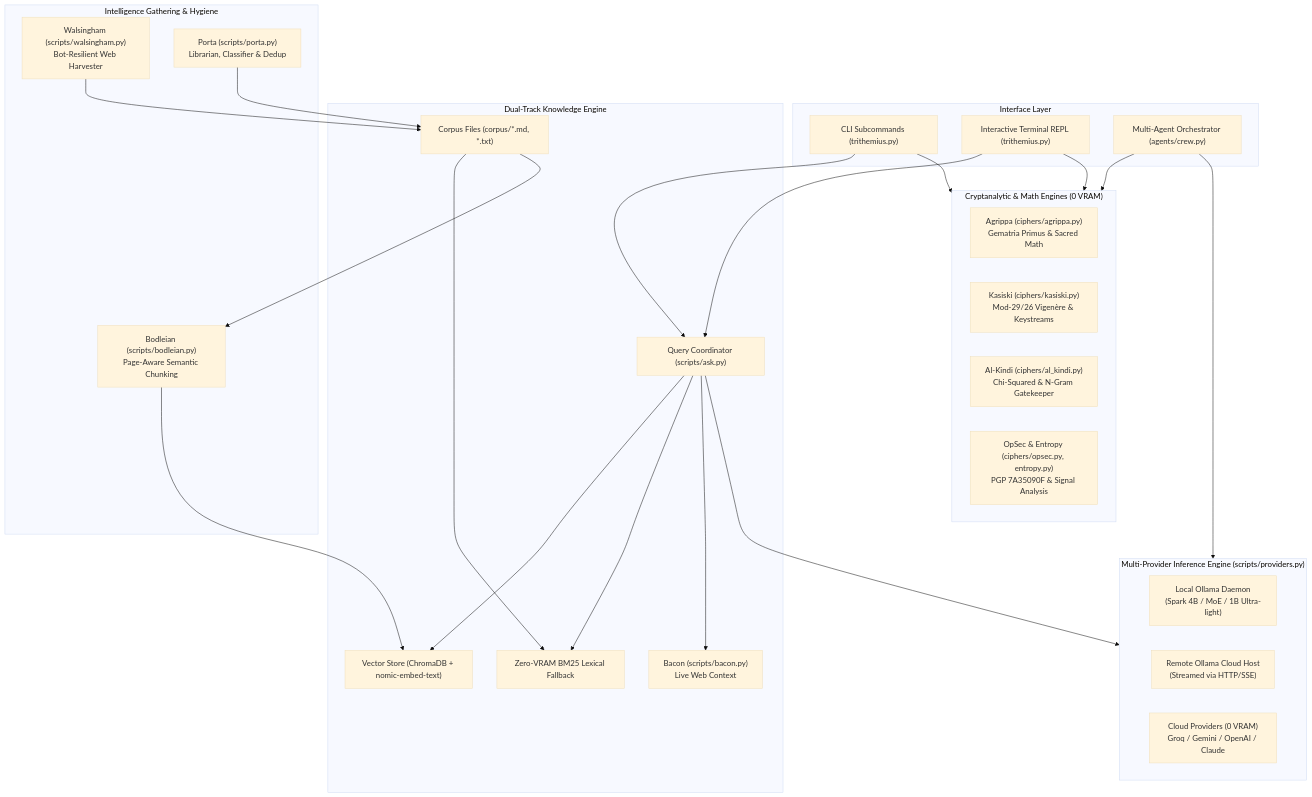
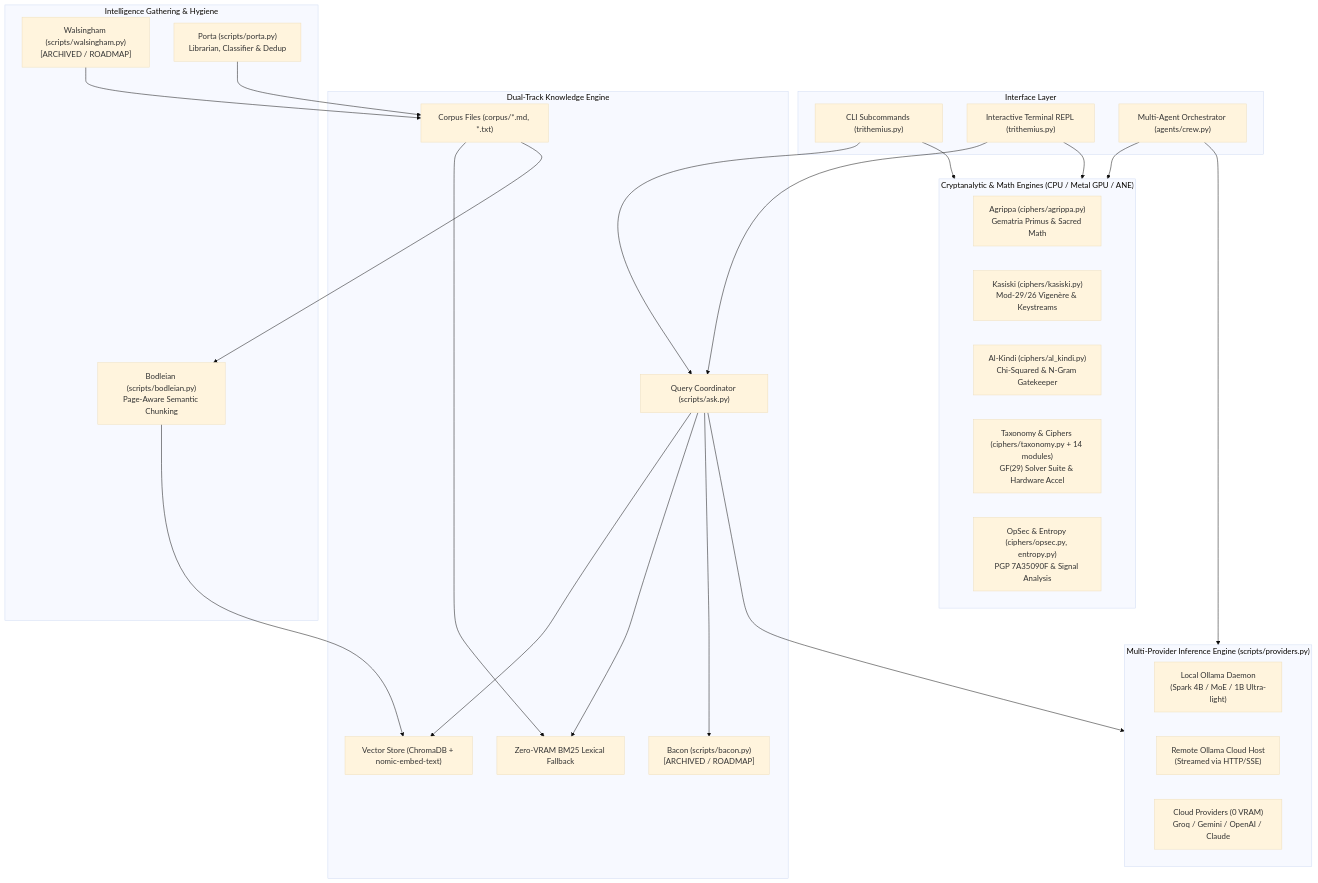
Before and after one commit to fabmas787/trithemius: the diagram in TRITHEMIUS_SPECIFICATION.md, drawn with Mermaid (base theme). The commit also changed other lines of this file and 1 other file, not shown here.

Commit message:
docs: reconcile specification and readme with codebase reality, test baseline and hardware acceleration

````diff
--- a/TRITHEMIUS_SPECIFICATION.md
+++ b/TRITHEMIUS_SPECIFICATION.md
@@ -21,52 +21,53 @@
 ```mermaid
 flowchart TD
     subgraph UI ["Interface Layer"]
         CLI["CLI Subcommands (trithemius.py)"]
         REPL["Interactive Terminal REPL (trithemius.py)"]
         MultiAgent["Multi-Agent Orchestrator (agents/crew.py)"]
     end
 
-    subgraph CoreEngine ["Cryptanalytic & Math Engines (0 VRAM)"]
+    subgraph CoreEngine ["Cryptanalytic & Math Engines (CPU / Metal GPU / ANE)"]
         Agrippa["Agrippa (ciphers/agrippa.py)\nGematria Primus & Sacred Math"]
         Kasiski["Kasiski (ciphers/kasiski.py)\nMod-29/26 Vigenère & Keystreams"]
         AlKindi["Al-Kindi (ciphers/al_kindi.py)\nChi-Squared & N-Gram Gatekeeper"]
+        Taxonomy["Taxonomy & Ciphers (ciphers/taxonomy.py + 14 modules)\nGF(29) Solver Suite & Hardware Accel"]
         OpSec["OpSec & Entropy (ciphers/opsec.py, entropy.py)\nPGP 7A35090F & Signal Analysis"]
     end
 
     subgraph RAGPipeline ["Dual-Track Knowledge Engine"]
         Ask["Query Coordinator (scripts/ask.py)"]
         ChromaStore["Vector Store (ChromaDB + nomic-embed-text)"]
         BM25Store["Zero-VRAM BM25 Lexical Fallback"]
         Corpus["Corpus Files (corpus/*.md, *.txt)"]
-        Bacon["Bacon (scripts/bacon.py)\nLive Web Context"]
+        Bacon["Bacon (scripts/bacon.py)\n[ARCHIVED / ROADMAP]"]
     end
 
     subgraph Ingestion ["Intelligence Gathering & Hygiene"]
-        Walsingham["Walsingham (scripts/walsingham.py)\nBot-Resilient Web Harvester"]
+        Walsingham["Walsingham (scripts/walsingham.py)\n[ARCHIVED / ROADMAP]"]
         Porta["Porta (scripts/porta.py)\nLibrarian, Classifier & Dedup"]
         Bodleian["Bodleian (scripts/bodleian.py)\nPage-Aware Semantic Chunking"]
     end
 
     subgraph Inference ["Multi-Provider Inference Engine (scripts/providers.py)"]
         LocalOllama["Local Ollama Daemon\n(Spark 4B / MoE / 1B Ultra-light)"]
         RemoteOllama["Remote Ollama Cloud Host\n(Streamed via HTTP/SSE)"]
         CloudAPIs["Cloud Providers (0 VRAM)\nGroq / Gemini / OpenAI / Claude"]
     end
 
     REPL --> CoreEngine
     CLI --> CoreEngine
     REPL --> Ask
     CLI --> Ask
     MultiAgent --> CoreEngine
     MultiAgent --> Inference
 
     Ask --> ChromaStore
     Ask --> BM25Store
     Ask --> Bacon
     Corpus --> BM25Store
     Corpus --> Bodleian --> ChromaStore
     Walsingham --> Corpus
     Porta --> Corpus
 
     Ask --> Inference
 ```
````
